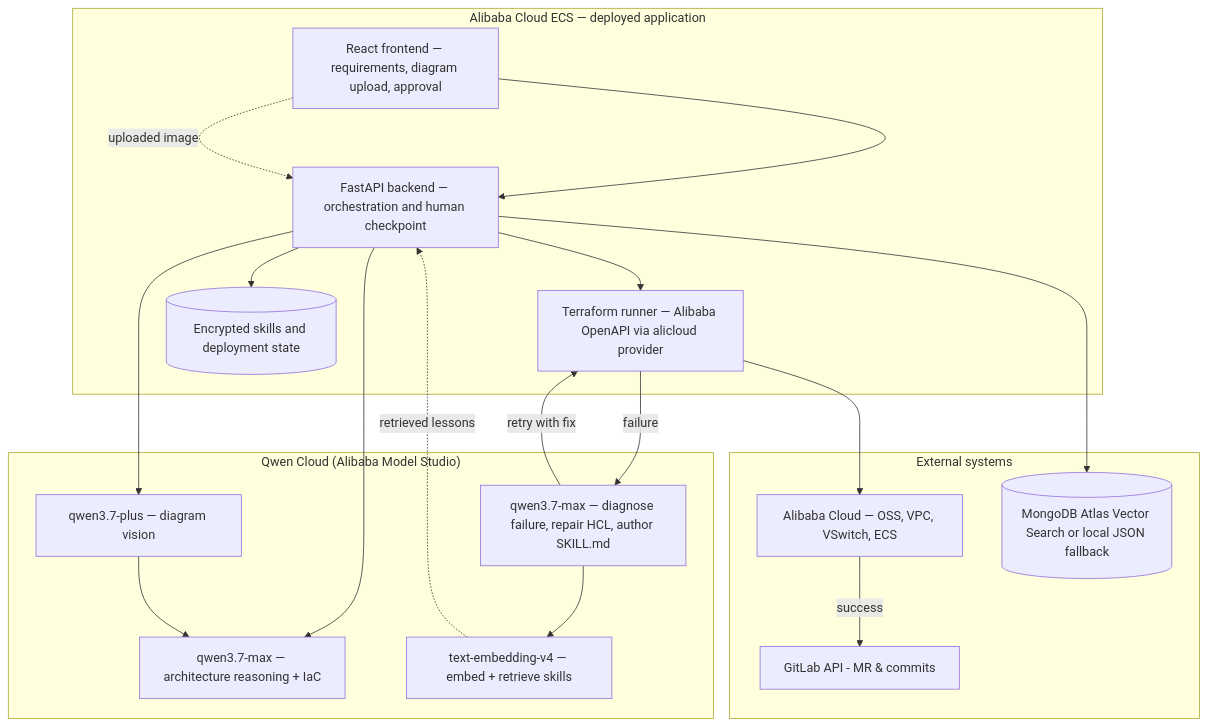
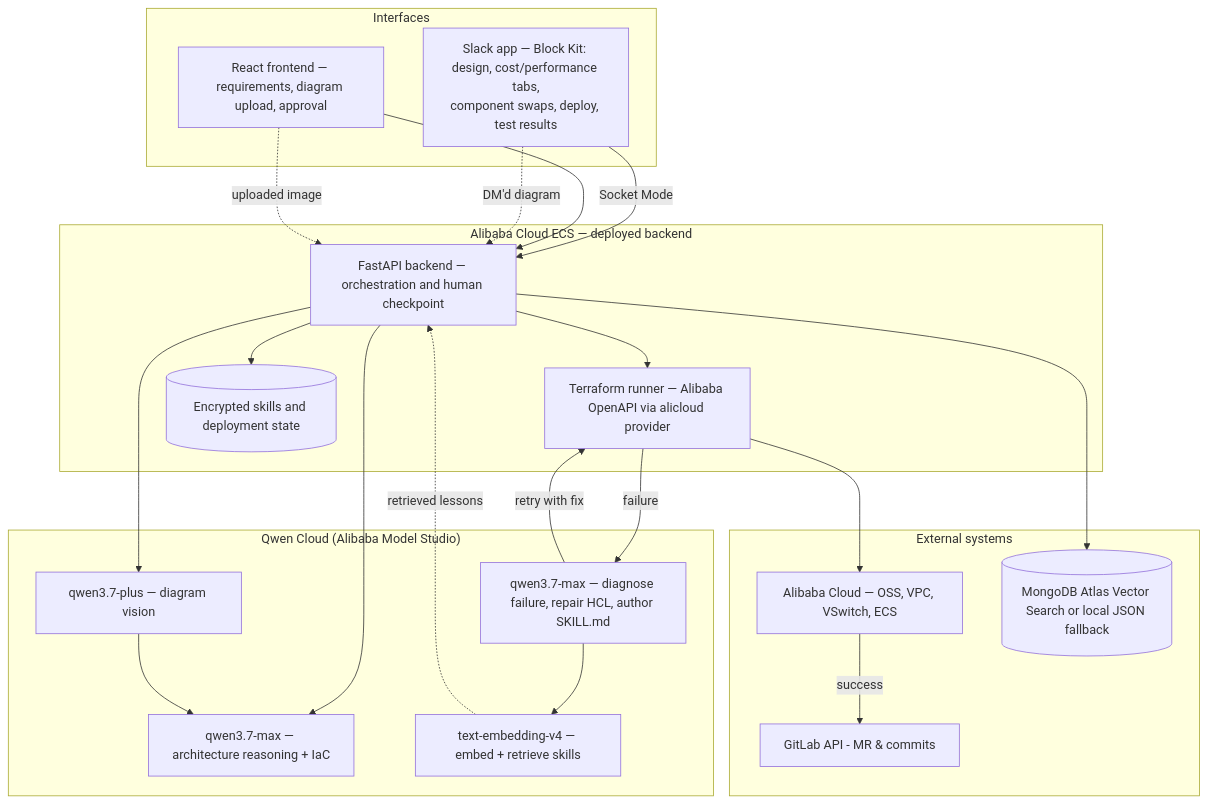
One commit to EimisPachecoHacks/slack-sky-launchpad-ATX changed the diagram in README.md. Above: the diagram before and after it, drawn with Mermaid.

Commit message:
docs(readme): add Slack as the primary interface in the architecture diagram

````diff
--- a/README.md
+++ b/README.md
@@ -80,31 +80,36 @@
 ```mermaid
 flowchart TB
-  subgraph alibaba["Alibaba Cloud ECS — deployed application"]
+  subgraph clients["Interfaces"]
+    S["Slack app — Block Kit: design, cost/performance tabs,<br/>component swaps, deploy, test results"]
     A[React frontend — requirements, diagram upload, approval]
+  end
+  subgraph alibaba["Alibaba Cloud ECS — deployed backend"]
     API[FastAPI backend — orchestration and human checkpoint]
     T[Terraform runner — Alibaba OpenAPI via alicloud provider]
     M[(Encrypted skills and deployment state)]
   end
   subgraph qwen["Qwen Cloud (Alibaba Model Studio)"]
     B["qwen3.7-max — architecture reasoning + IaC"]
     Vz["qwen3.7-plus — diagram vision"]
     R["qwen3.7-max — diagnose failure, repair HCL, author SKILL.md"]
     V["text-embedding-v4 — embed + retrieve skills"]
   end
   subgraph run["External systems"]
     C[Alibaba Cloud — OSS, VPC, VSwitch, ECS]
     DB[(MongoDB Atlas Vector Search or local JSON fallback)]
     E[GitLab API - MR & commits]
   end
+  S -->|Socket Mode| API
   A --> API
   API --> B
+  S -. "DM'd diagram" .-> API
   A -. "uploaded image" .-> API --> Vz --> B
   V -. "retrieved lessons" .-> API
   API --> T --> C
   API --> DB
   API --> M
   C -->|success| E
   T -->|failure| R
   R --> V
   R -->|"retry with fix"| T
 ```
````
